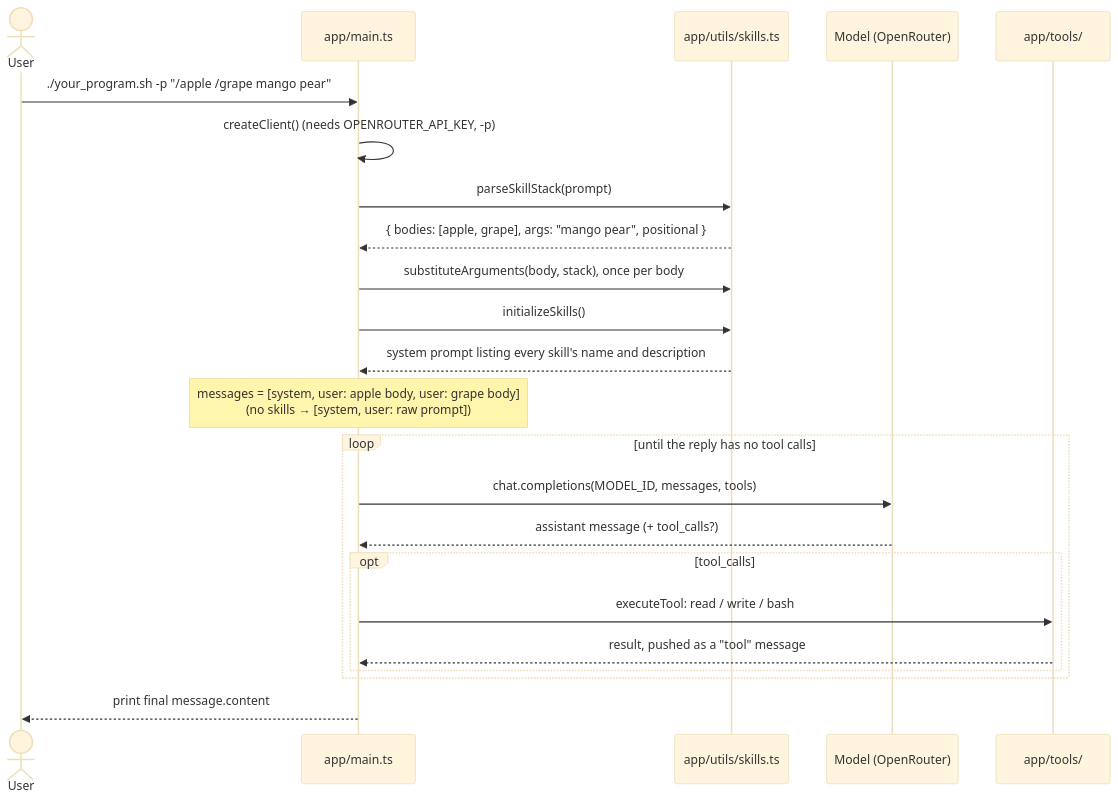
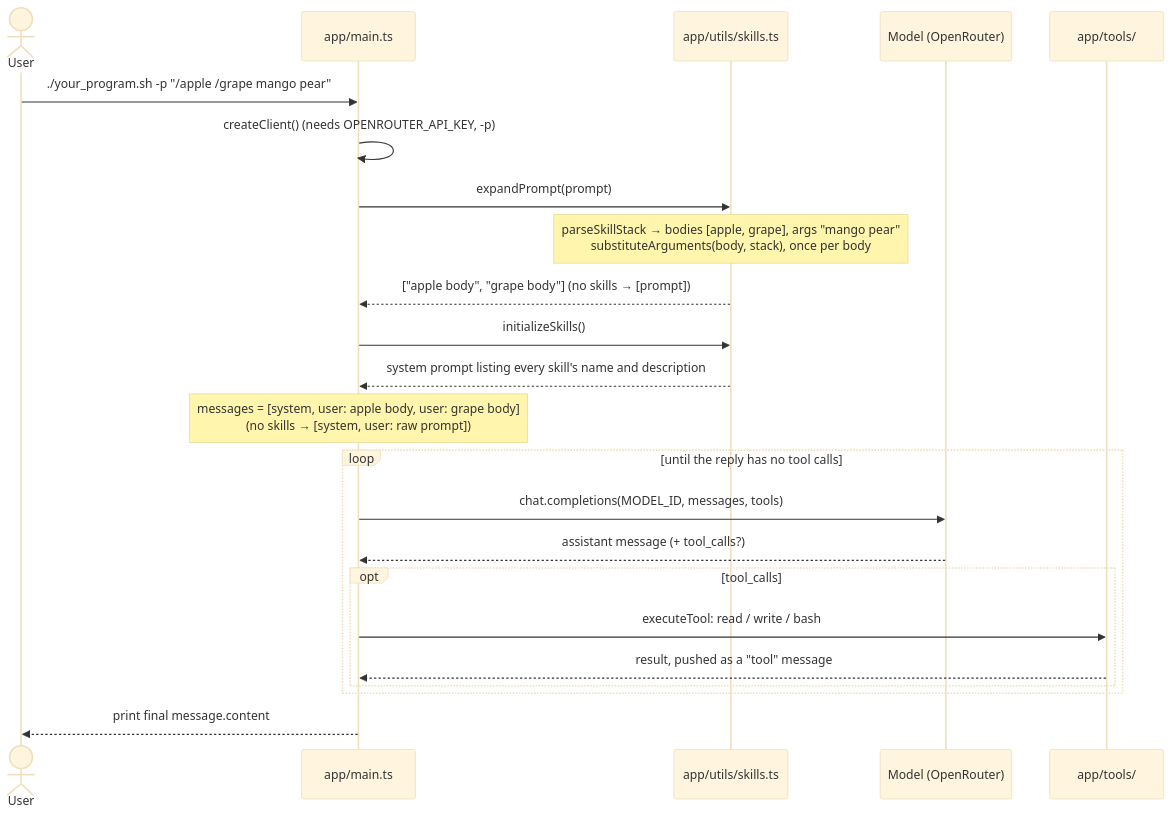
The first of 2 diagrams in WORKFLOW.md (shreyaspangal/claude-code), drawn with Mermaid (base theme) before and after one commit. The commit also changed other lines of this file and 2 other files, not shown here.

Commit message:
refactor: Add expandPrompt so main.ts only maps prompts to user messages

````diff
--- a/WORKFLOW.md
+++ b/WORKFLOW.md
@@ -9,26 +9,26 @@
 ```mermaid
 sequenceDiagram
     actor User
     participant Main as app/main.ts
     participant Skills as app/utils/skills.ts
     participant Model as Model (OpenRouter)
     participant Tools as app/tools/
 
     User->>Main: ./your_program.sh -p "/apple /grape mango pear"
     Main->>Main: createClient() (needs OPENROUTER_API_KEY, -p)
-    Main->>Skills: parseSkillStack(prompt)
-    Skills-->>Main: { bodies: [apple, grape], args: "mango pear", positional }
-    Main->>Skills: substituteArguments(body, stack), once per body
+    Main->>Skills: expandPrompt(prompt)
+    Note over Skills: parseSkillStack → bodies [apple, grape], args "mango pear"<br/>substituteArguments(body, stack), once per body
+    Skills-->>Main: ["apple body", "grape body"] (no skills → [prompt])
     Main->>Skills: initializeSkills()
     Skills-->>Main: system prompt listing every skill's name and description
     Note over Main: messages = [system, user: apple body, user: grape body]<br/>(no skills → [system, user: raw prompt])
     loop until the reply has no tool calls
         Main->>Model: chat.completions(MODEL_ID, messages, tools)
         Model-->>Main: assistant message (+ tool_calls?)
         opt tool_calls
             Main->>Tools: executeTool: read / write / bash
             Tools-->>Main: result, pushed as a "tool" message
         end
     end
     Main-->>User: print final message.content
 ```
````
